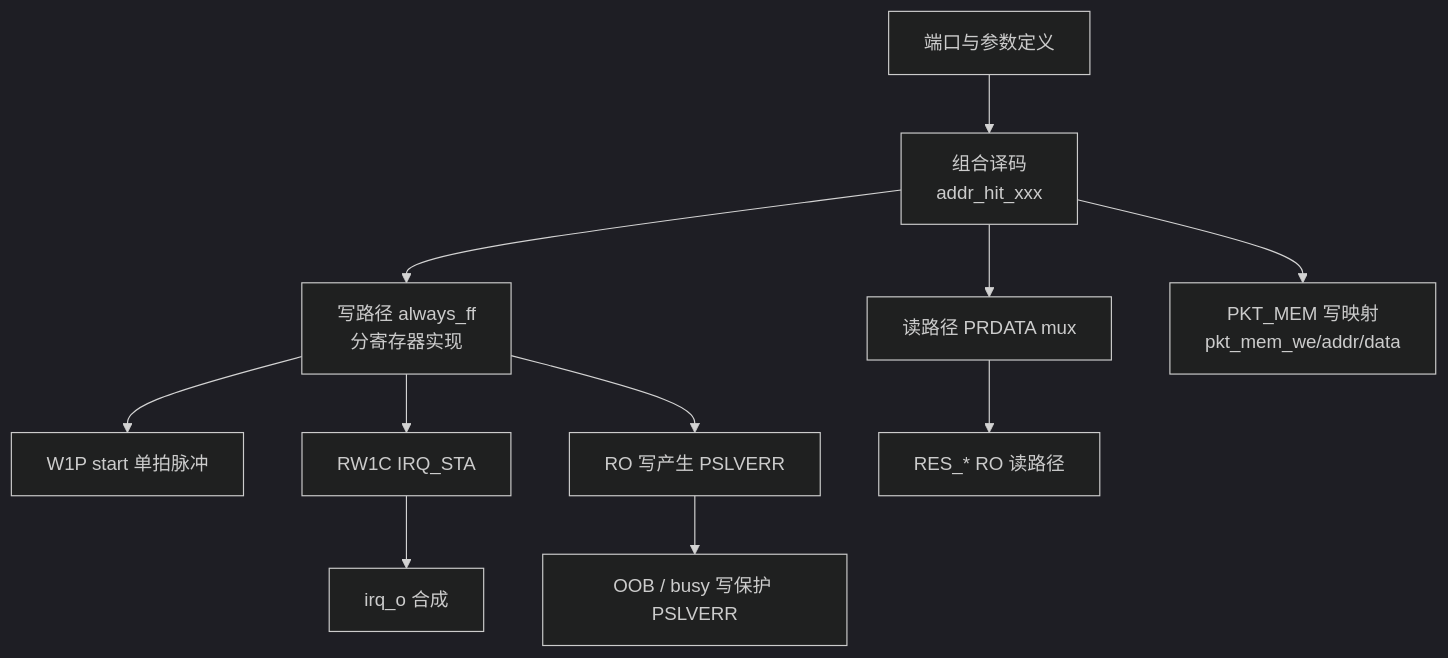
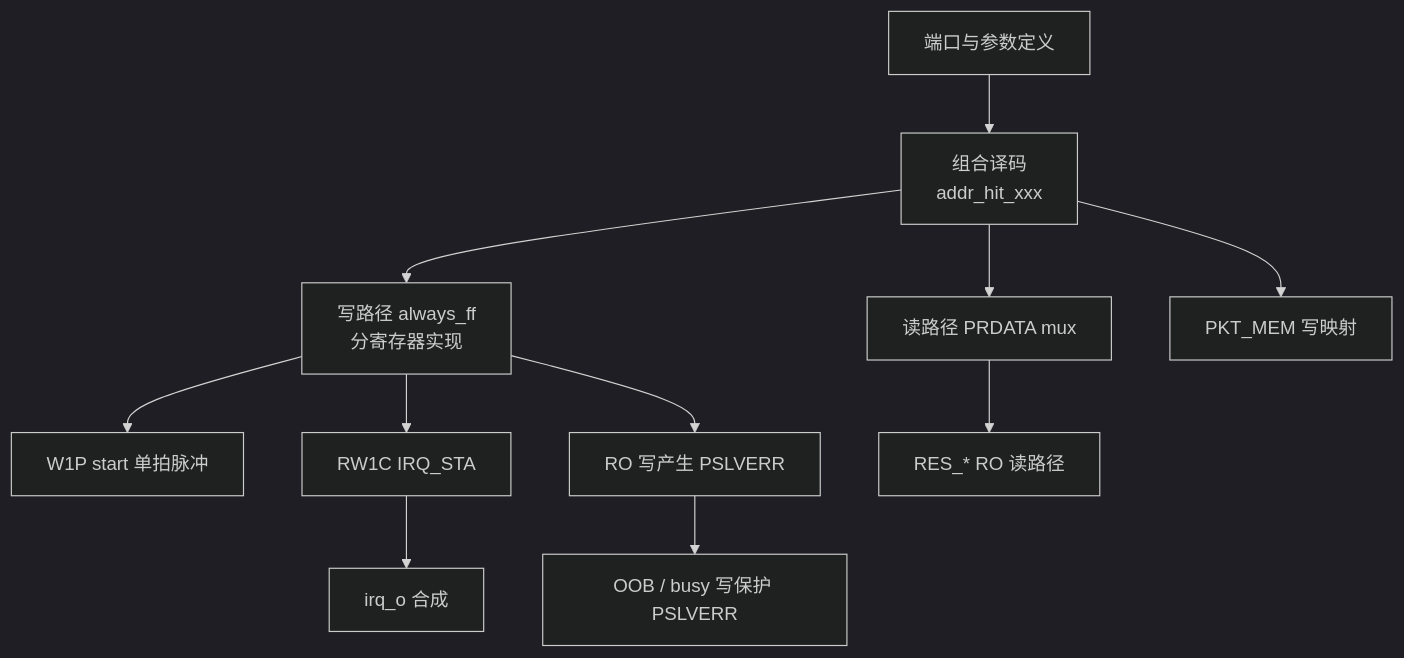
One commit to AArlert/rkv_v1pro_labs changed the third of 5 diagrams in ppa-lab-copilot/doc/ppa-plan.md. Above: the diagram before and after it, drawn with Mermaid (dark theme). The commit also changed other lines of this file and 21 other files, not shown here.

````diff
--- a/ppa-lab-copilot/doc/ppa-plan.md
+++ b/ppa-lab-copilot/doc/ppa-plan.md
@@ -379,13 +204,13 @@
 ```mermaid
 flowchart TB
     P0[端口与参数定义] --> P1[组合译码<br/>addr_hit_xxx]
     P1 --> P2[读路径 PRDATA mux]
     P1 --> P3[写路径 always_ff<br/>分寄存器实现]
     P3 --> P4[W1P start 单拍脉冲]
     P3 --> P5[RW1C IRQ_STA]
     P3 --> P6[RO 写产生 PSLVERR]
-    P1 --> P7[PKT_MEM 写映射<br/>pkt_mem_we/addr/data]
+    P1 --> P7[PKT_MEM 写映射]
     P2 --> P8[RES_* RO 读路径]
     P5 --> P9[irq_o 合成]
     P6 --> P10[OOB / busy 写保护 PSLVERR]
 ```
````
